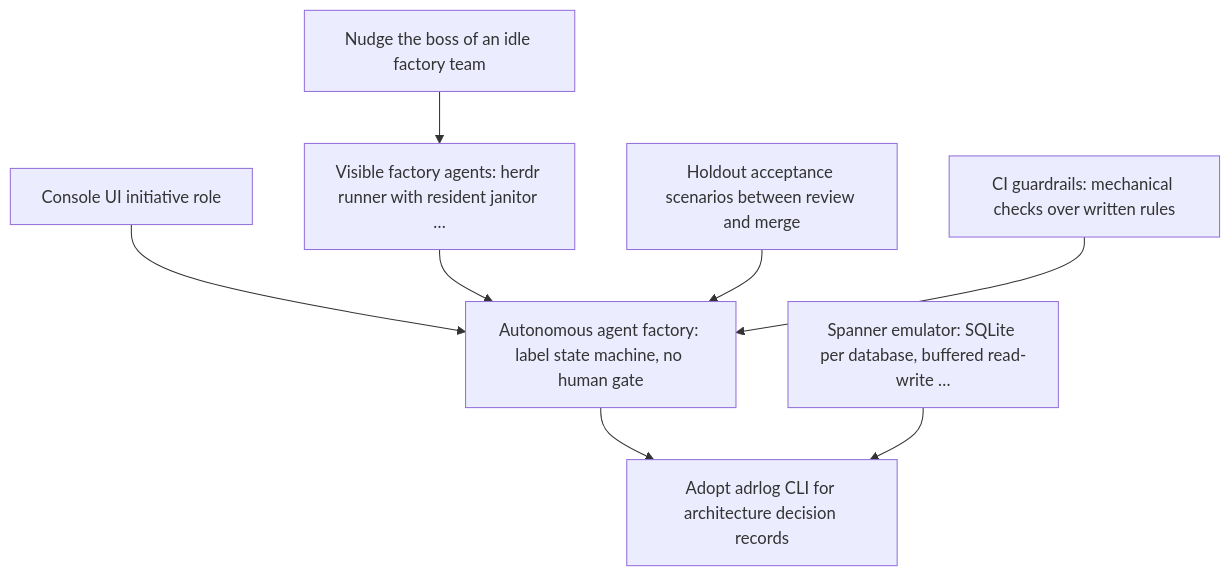
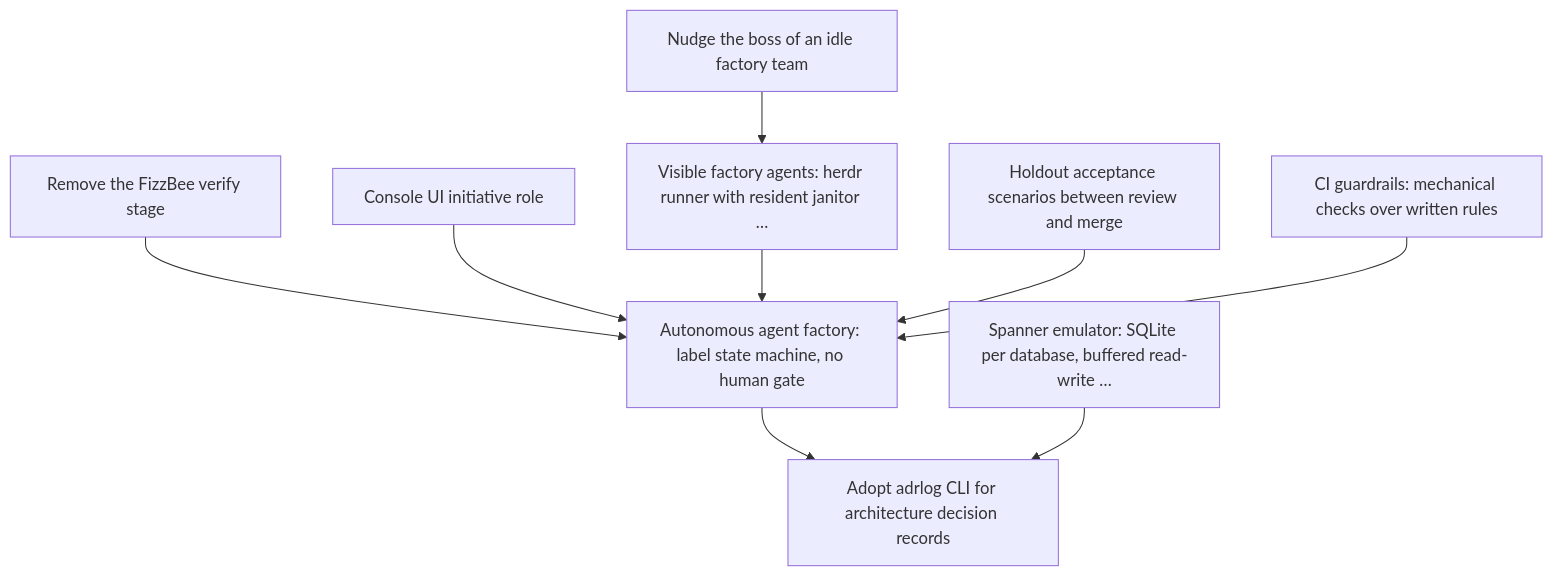
Before and after one commit to GuitarWag/gcp-local: the diagram in docs/adr/README.md, drawn with Mermaid. The commit also changed other lines of this file and 11 other files, not shown here.

First line of the commit message:
feat(factory): remove the FizzBee verify stage

````diff
--- a/docs/adr/README.md
+++ b/docs/adr/README.md
@@ -18,18 +19,20 @@
 ```mermaid
 graph TD
-  n0["Nudge the boss of an idle factory team"]
-  n1["Console UI initiative role"]
-  n2["Visible factory agents: herdr runner with resident janitor …"]
-  n3["Holdout acceptance scenarios between review and merge"]
-  n4["CI guardrails: mechanical checks over written rules"]
-  n5["Autonomous agent factory: label state machine, no human gate"]
-  n6["Spanner emulator: SQLite per database, buffered read-write …"]
-  n7["Adopt adrlog CLI for architecture decision records"]
-  n0 --> n2
-  n1 --> n5
-  n2 --> n5
-  n3 --> n5
-  n4 --> n5
-  n5 --> n7
-  n6 --> n7
+  n0["Remove the FizzBee verify stage"]
+  n1["Nudge the boss of an idle factory team"]
+  n2["Console UI initiative role"]
+  n3["Visible factory agents: herdr runner with resident janitor …"]
+  n4["Holdout acceptance scenarios between review and merge"]
+  n5["CI guardrails: mechanical checks over written rules"]
+  n6["Autonomous agent factory: label state machine, no human gate"]
+  n7["Spanner emulator: SQLite per database, buffered read-write …"]
+  n8["Adopt adrlog CLI for architecture decision records"]
+  n0 --> n6
+  n1 --> n3
+  n2 --> n6
+  n3 --> n6
+  n4 --> n6
+  n5 --> n6
+  n6 --> n8
+  n7 --> n8
 ```
````
